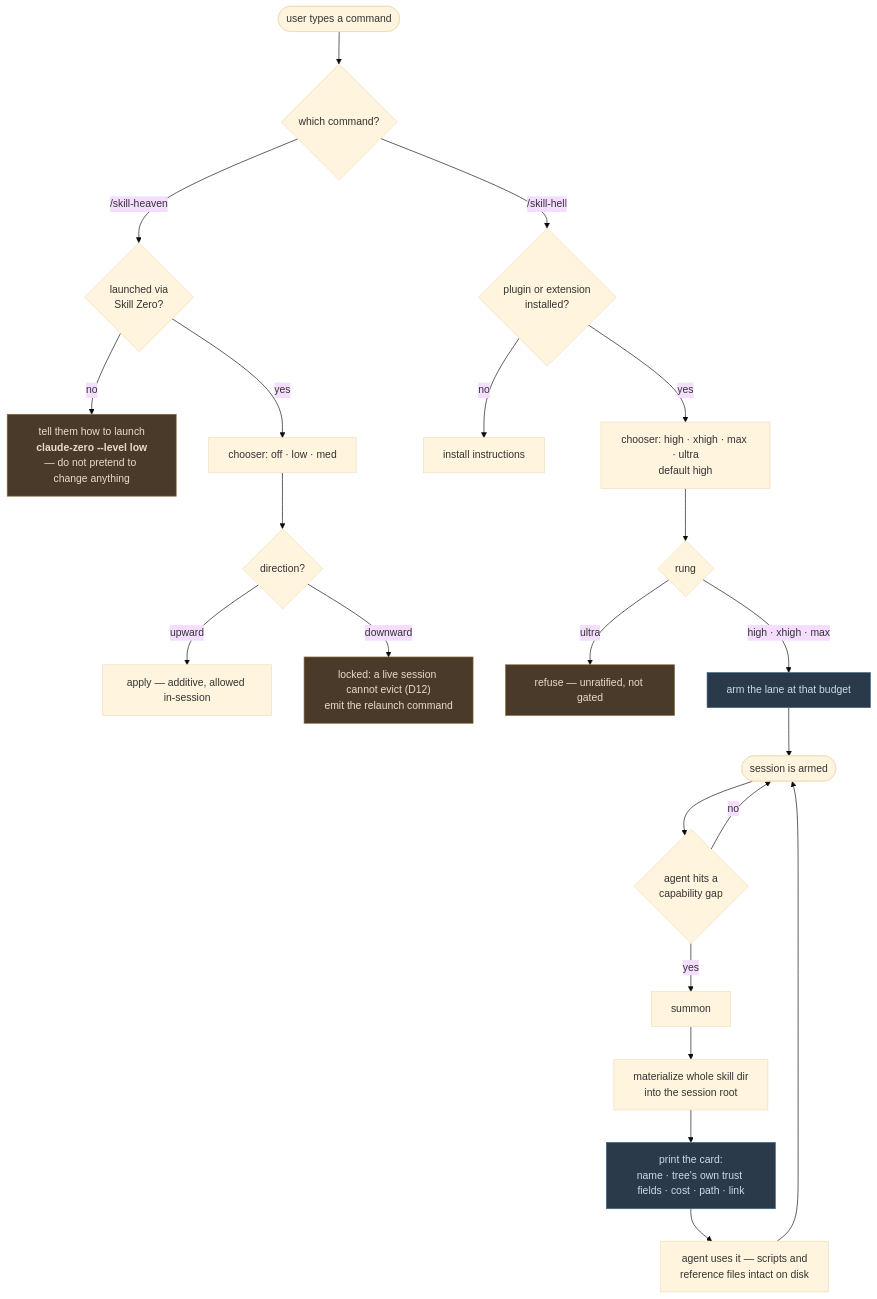
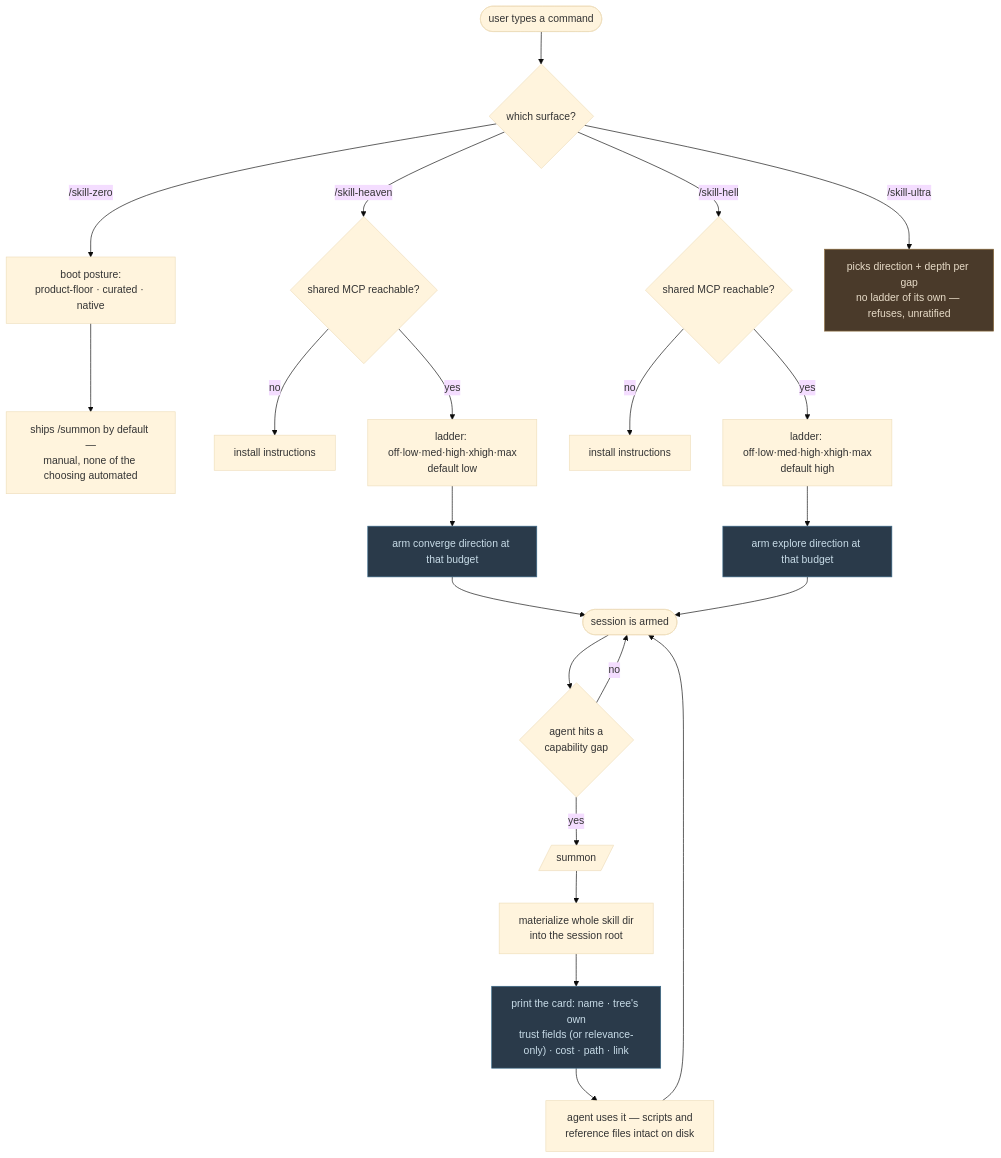
Before and after one commit to gaia-research/gaia-skill-heaven: the diagram in docs/LADDER-FLOW.md, drawn with Mermaid (base theme). The commit also changed other lines of this file and 13 other files, not shown here.

````diff
--- a/docs/LADDER-FLOW.md
+++ b/docs/LADDER-FLOW.md
@@ -57,34 +101,35 @@
 ```mermaid
 flowchart TD
-    A([user types a command]) --> B{which command?}
+    A([user types a command]) --> B{which surface?}
 
-    B -->|/skill-heaven| C{launched via<br/>Skill Zero?}
-    C -->|no| D["`tell them how to launch<br/>**claude-zero --level low**<br/>— do not pretend to change anything`"]
-    C -->|yes| E[chooser: off · low · med]
-    E --> F{direction?}
-    F -->|upward| G[apply — additive, allowed in-session]
-    F -->|downward| H["`locked: a live session cannot evict (D12)<br/>emit the relaunch command`"]
+    B -->|/skill-zero| Z[boot posture:<br/>product-floor · curated · native]
+    Z --> Z2["`ships /summon by default —<br/>manual, none of the choosing automated`"]
 
-    B -->|/skill-hell| I{plugin or extension<br/>installed?}
+    B -->|/skill-heaven| C{shared MCP reachable?}
+    C -->|no| D[install instructions]
+    C -->|yes| E["`ladder: off·low·med·high·xhigh·max<br/>default low`"]
+    E --> F[arm converge direction at that budget]
+
+    B -->|/skill-hell| I{shared MCP reachable?}
     I -->|no| J[install instructions]
-    I -->|yes| K[chooser: high · xhigh · max · ultra<br/>default high]
-    K --> L{rung}
-    L -->|ultra| M[refuse — unratified, not gated]
-    L -->|high · xhigh · max| N[arm the lane at that budget]
+    I -->|yes| K["`ladder: off·low·med·high·xhigh·max<br/>default high`"]
+    K --> L[arm explore direction at that budget]
 
-    N --> O([session is armed])
+    B -->|/skill-ultra| U["`picks direction + depth per gap<br/>no ladder of its own — refuses, unratified`"]
+
+    F --> O([session is armed])
+    L --> O
     O --> P{agent hits a<br/>capability gap}
-    P -->|yes| Q[summon]
+    P -->|yes| Q[/summon/]
     P -->|no| O
 
     Q --> R[materialize whole skill dir<br/>into the session root]
-    R --> S[print the card:<br/>name · tree's own trust fields · cost · path · link]
+    R --> S["`print the card: name · tree's own<br/>trust fields (or relevance-only) · cost · path · link`"]
     S --> T[agent uses it — scripts and<br/>reference files intact on disk]
     T --> O
 
-    style D fill:#4a3a2a,stroke:#8a6a3a,color:#e8dcc8
-    style H fill:#4a3a2a,stroke:#8a6a3a,color:#e8dcc8
-    style M fill:#4a3a2a,stroke:#8a6a3a,color:#e8dcc8
-    style N fill:#2a3a4a,stroke:#3a6a8a,color:#c8dce8
+    style U fill:#4a3a2a,stroke:#8a6a3a,color:#e8dcc8
+    style F fill:#2a3a4a,stroke:#3a6a8a,color:#c8dce8
+    style L fill:#2a3a4a,stroke:#3a6a8a,color:#c8dce8
     style S fill:#2a3a4a,stroke:#3a6a8a,color:#c8dce8
 ```
````
